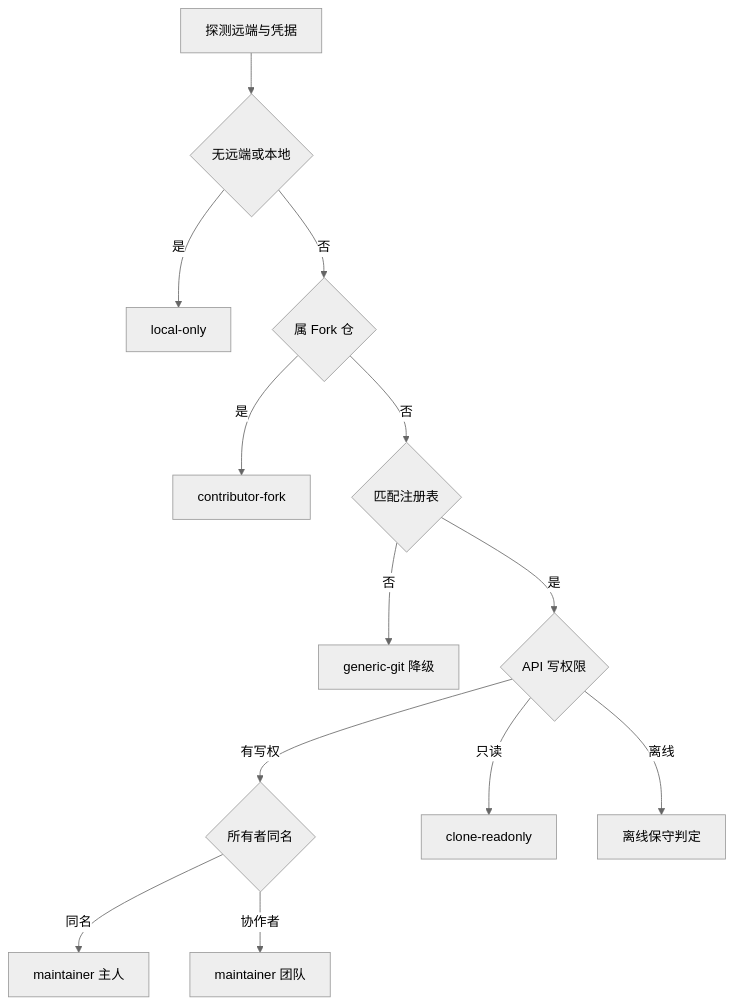
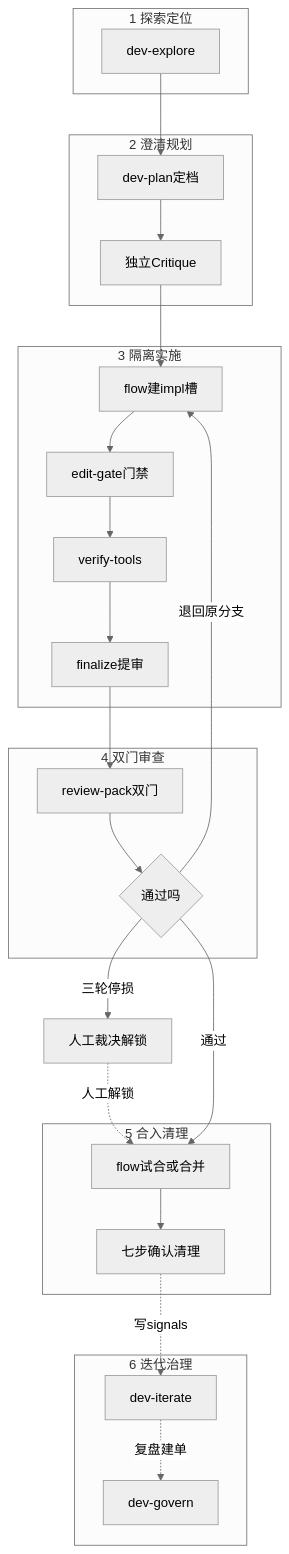
Before and after one commit to FiretrUCK666/project-forge: the fourth of 6 diagrams in docs/TDD.md, drawn with Mermaid (neutral theme). The commit also changed other lines of this file and 13 other files, not shown here.

````diff
--- a/docs/TDD.md
+++ b/docs/TDD.md
@@ -264,15 +245,39 @@
 ```mermaid
-flowchart TD
-  Start["探测远端与凭据"] --> Local{"无远端或本地"}
-  Local -- "是" --> RLocal["local-only"]
-  Local -- "否" --> ForkCheck{"属 Fork 仓"}
-  ForkCheck -- "是" --> RFork["contributor-fork"]
-  ForkCheck -- "否" --> KnownHost{"匹配注册表"}
-  KnownHost -- "否" --> GenericGit["generic-git 降级"]
-  KnownHost -- "是" --> Probe{"API 写权限"}
-  Probe -- "有写权" --> Scope{"所有者同名"}
-  Scope -- "同名" --> RMaintOwner["maintainer 主人"]
-  Scope -- "协作者" --> RMaintTeam["maintainer 团队"]
-  Probe -- "只读" --> RReadonly["clone-readonly"]
-  Probe -- "离线" --> Fallback["离线保守判定"]
+flowchart TB
+  subgraph SExplore["1 探索定位"]
+    Ex["dev-explore"]
+  end
+
+  subgraph SPlan["2 澄清规划"]
+    Pl["dev-plan定档"] --> Cr["独立Critique"]
+  end
+
+  subgraph SImpl["3 隔离实施"]
+    Fl1["flow建impl槽"] --> Ed["edit-gate门禁"]
+    Ed --> Vt["verify-tools"]
+    Vt --> Sub["finalize提审"]
+  end
+
+  subgraph SRev["4 双门审查"]
+    Rv["review-pack双门"] --> Pass{"通过吗"}
+  end
+
+  subgraph SClose["5 合入清理"]
+    Mg["flow试合或合并"] --> Cl["七步确认清理"]
+  end
+
+  subgraph SLoop["6 迭代治理"]
+    It["dev-iterate"]
+    Gv["dev-govern"]
+  end
+
+  Ex --> Pl
+  Cr --> Fl1
+  Sub --> Rv
+  Pass -- "退回原分支" --> Fl1
+  Pass -- "三轮停损" --> Hm["人工裁决解锁"]
+  Hm -. "人工解锁" .-> Mg
+  Pass -- "通过" --> Mg
+  Cl -. "写signals" .-> It
+  It -. "复盘建单" .-> Gv
 ```
````
